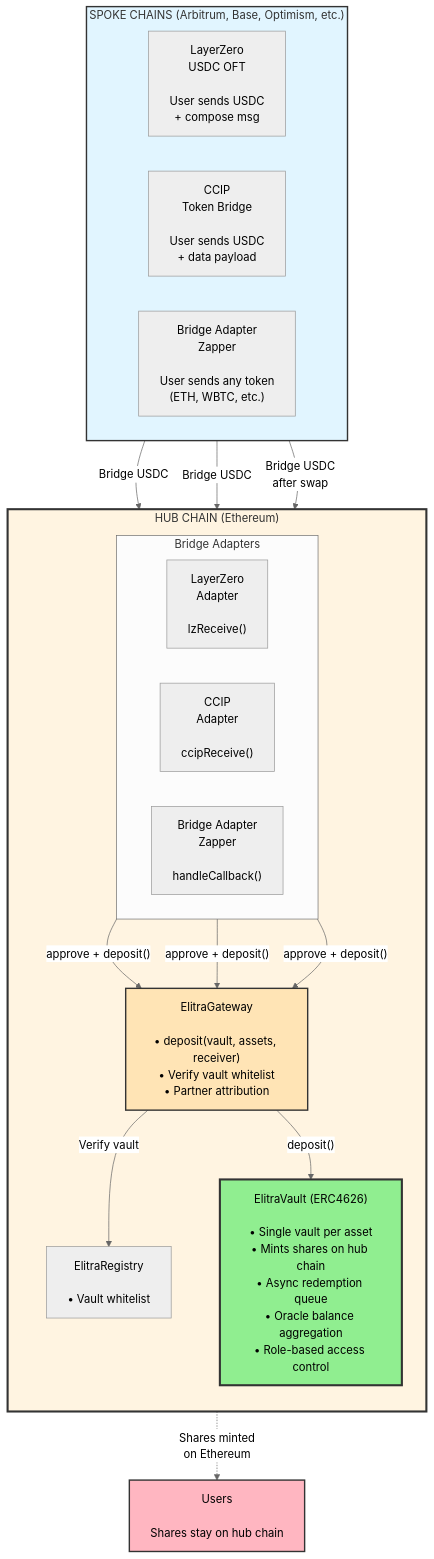
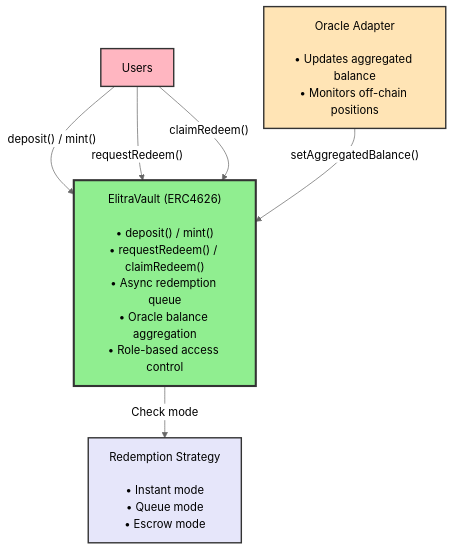
The first of 3 diagrams in README.md (elitraOS/elitra-core), drawn with Mermaid (neutral theme) before and after one commit. The commit also changed other lines of this file and 25 other files, not shown here.

````diff
--- a/README.md
+++ b/README.md
@@ -42,45 +33,22 @@
 ```mermaid
 graph TB
-    subgraph Spoke["SPOKE CHAINS (Arbitrum, Base, Optimism, etc.)"]
-        direction LR
-        LZ_OFT["LayerZero<br/>USDC OFT<br/><br/>User sends USDC<br/>+ compose msg"]
-        CCIP_Bridge["CCIP<br/>Token Bridge<br/><br/>User sends USDC<br/>+ data payload"]
-        Enso_Widget["Bridge Adapter<br/> Zapper<br/><br/>User sends any token<br/>(ETH, WBTC, etc.)"]
-    end
+    Users["Users"]
 
-    subgraph Hub["HUB CHAIN (Ethereum)"]
-        direction TB
+    Vault["ElitraVault (ERC4626)<br/><br/>• deposit() / mint()<br/>• requestRedeem() / claimRedeem()<br/>• Async redemption queue<br/>• Oracle balance aggregation<br/>• Role-based access control"]
 
-        subgraph Adapters["Bridge Adapters"]
-            direction LR
-            LZ_Adapter["LayerZero<br/>Adapter<br/><br/>lzReceive()"]
-            CCIP_Adapter["CCIP<br/>Adapter<br/><br/>ccipReceive()"]
-            Enso_Adapter["Bridge Adapter <br/> Zapper<br/><br/>handleCallback()"]
-        end
+    Oracle["Oracle Adapter<br/><br/>• Updates aggregated balance<br/>• Monitors off-chain positions"]
 
-        Gateway["ElitraGateway<br/><br/>• deposit(vault, assets, receiver)<br/>• Verify vault whitelist<br/>• Partner attribution"]
+    Redemption["Redemption Strategy<br/><br/>• Instant mode<br/>• Queue mode<br/>• Escrow mode"]
 
-        Vault["ElitraVault (ERC4626)<br/><br/>• Single vault per asset<br/>• Mints shares on hub chain<br/>• Async redemption queue<br/>• Oracle balance aggregation<br/>• Role-based access control"]
+    Users -->|"deposit() / mint()"| Vault
+    Users -->|"requestRedeem()"| Vault
+    Users -->|"claimRedeem()"| Vault
 
-        Registry["ElitraRegistry<br/><br/>• Vault whitelist"]
-    end
+    Oracle -->|"setAggregatedBalance()"| Vault
+    Vault -->|"Check mode"| Redemption
 
-    LZ_OFT -->|Bridge USDC| LZ_Adapter
-    CCIP_Bridge -->|Bridge USDC| CCIP_Adapter
-    Enso_Widget -->|Bridge USDC<br/>after swap| Enso_Adapter
-
-    LZ_Adapter -->|"approve + deposit()"| Gateway
-    CCIP_Adapter -->|"approve + deposit()"| Gateway
-    Enso_Adapter -->|"approve + deposit()"| Gateway
-
-    Gateway -->|Verify vault| Registry
-    Gateway -->|"deposit()"| Vault
-
-    Vault -.->|Shares minted<br/>on Ethereum| Users["Users<br/><br/>Shares stay on hub chain"]
-
-    style Spoke fill:#e1f5ff,stroke:#333,stroke-width:2px
-    style Hub fill:#fff4e1,stroke:#333,stroke-width:3px
     style Vault fill:#90EE90,stroke:#333,stroke-width:3px
-    style Gateway fill:#FFE4B5,stroke:#333,stroke-width:2px
     style Users fill:#FFB6C1,stroke:#333,stroke-width:2px
+    style Oracle fill:#FFE4B5,stroke:#333,stroke-width:2px
+    style Redemption fill:#E6E6FA,stroke:#333,stroke-width:2px
 ```
````
